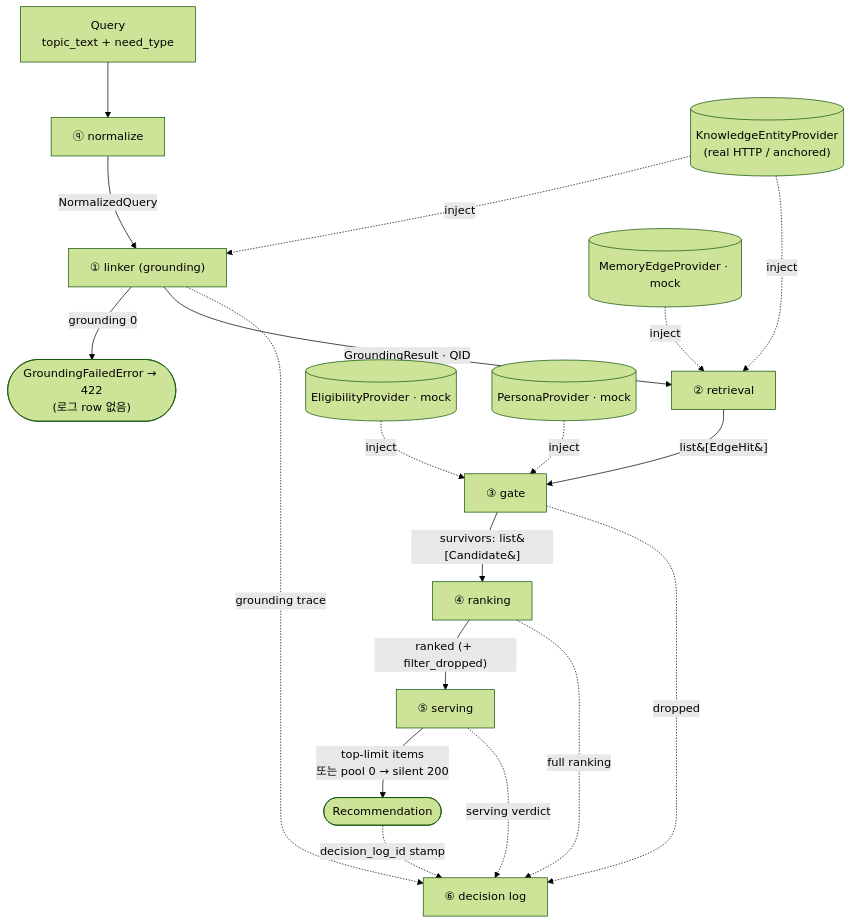
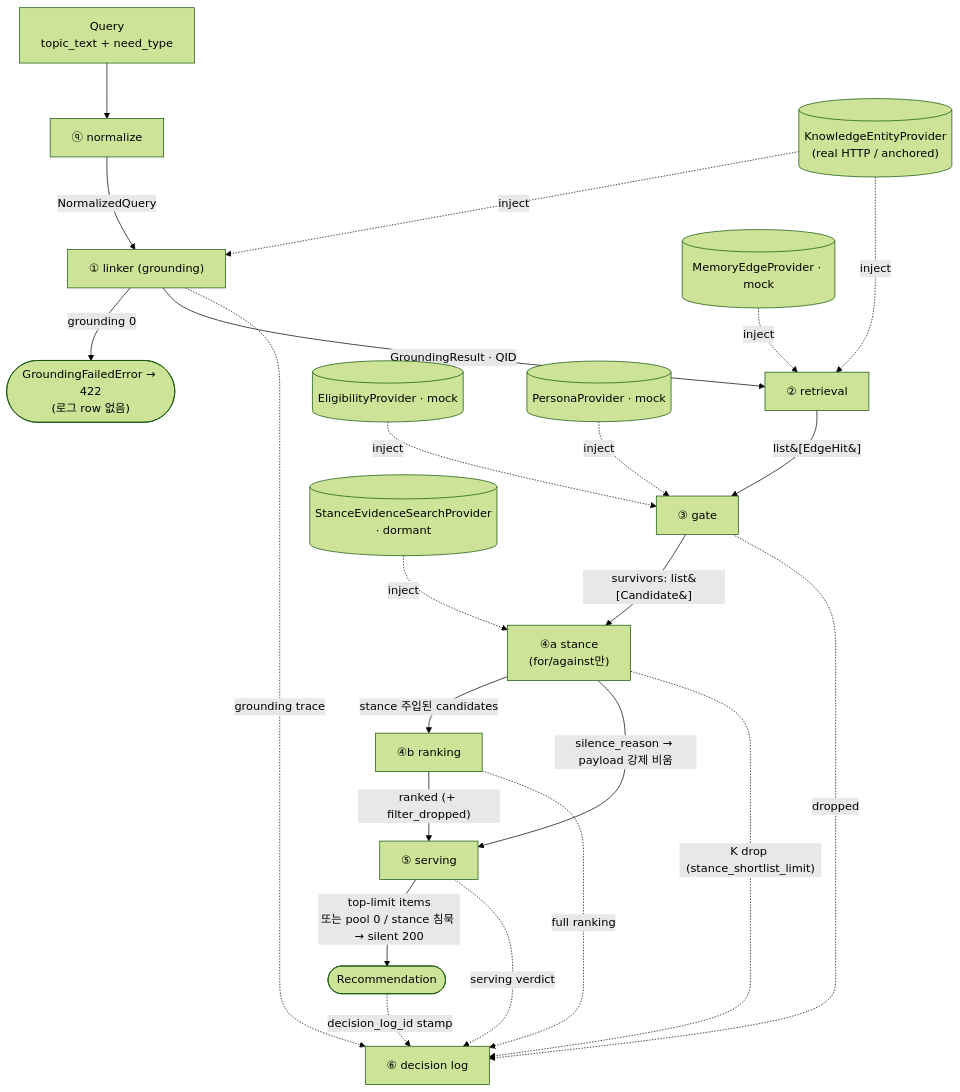
One commit to Henry-XinobiAI/Agent-Discovery-Planning changed the diagram in impl/README.md. Above: the diagram before and after it, drawn with Mermaid (forest theme). The commit also changed other lines of this file and 6 other files, not shown here.

````diff
--- a/impl/README.md
+++ b/impl/README.md
@@ -61,23 +63,27 @@
 ```mermaid
 flowchart TD
     Q["Query<br/>topic_text + need_type"] --> N["ⓠ normalize"]
     N -->|NormalizedQuery| L["① linker (grounding)"]
     L -->|"grounding 0"| E422(["GroundingFailedError → 422<br/>(로그 row 없음)"])
     L -->|"GroundingResult · QID"| R["② retrieval"]
     R -->|"list&#91;EdgeHit&#93;"| G["③ gate"]
-    G -->|"survivors: list&#91;Candidate&#93;"| RK["④ ranking"]
+    G -->|"survivors: list&#91;Candidate&#93;"| ST["④a stance<br/>(for/against만)"]
+    ST -->|"stance 주입된 candidates"| RK["④b ranking"]
+    ST -->|"silence_reason → payload 강제 비움"| SV
     RK -->|"ranked (+ filter_dropped)"| SV["⑤ serving"]
-    SV -->|"top-limit items<br/>또는 pool 0 → silent 200"| REC(["Recommendation"])
+    SV -->|"top-limit items<br/>또는 pool 0 / stance 침묵 → silent 200"| REC(["Recommendation"])
 
     G -. dropped .-> DL["⑥ decision log"]
     L -. grounding trace .-> DL
+    ST -. "K drop (stance_shortlist_limit)" .-> DL
     RK -. full ranking .-> DL
     SV -. serving verdict .-> DL
     REC -. decision_log_id stamp .-> DL
 
     KP[("KnowledgeEntityProvider<br/>(real HTTP / anchored)")] -. inject .-> L
     KP -. inject .-> R
     EP[("MemoryEdgeProvider · mock")] -. inject .-> R
     ELP[("EligibilityProvider · mock")] -. inject .-> G
     PP[("PersonaProvider · mock")] -. inject .-> G
+    SP[("StanceEvidenceSearchProvider<br/>· dormant")] -. inject .-> ST
 ```
````
